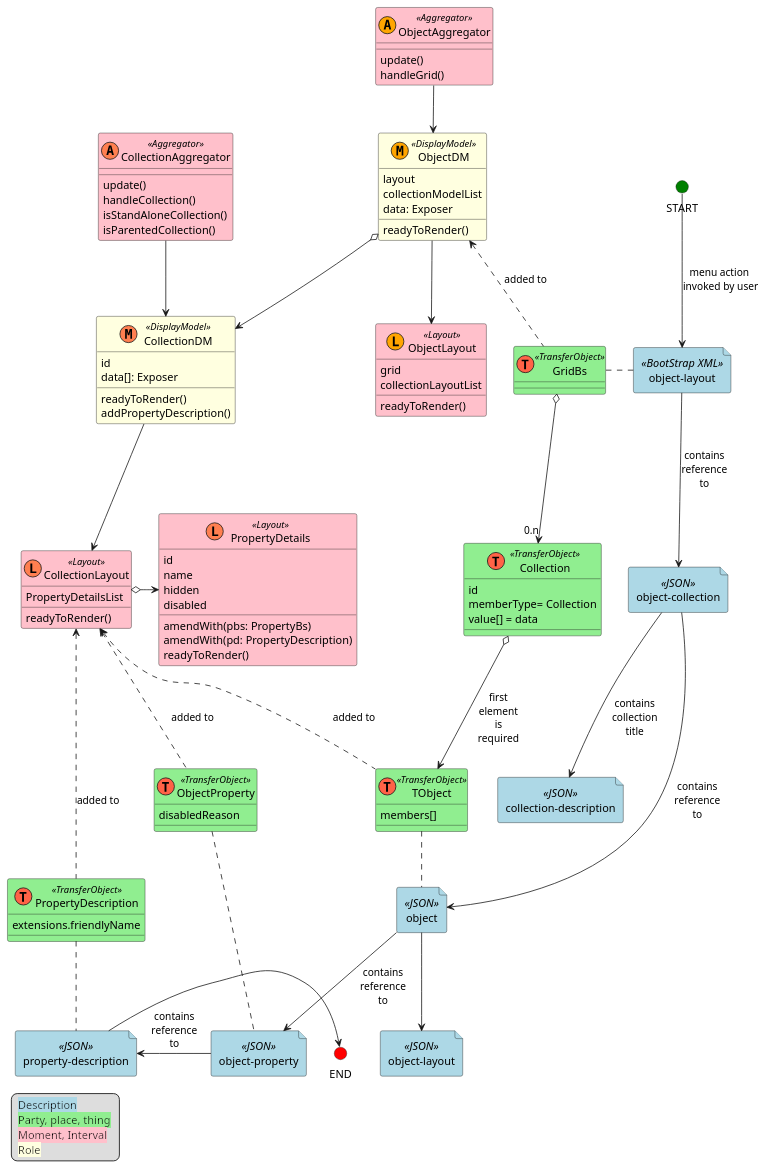
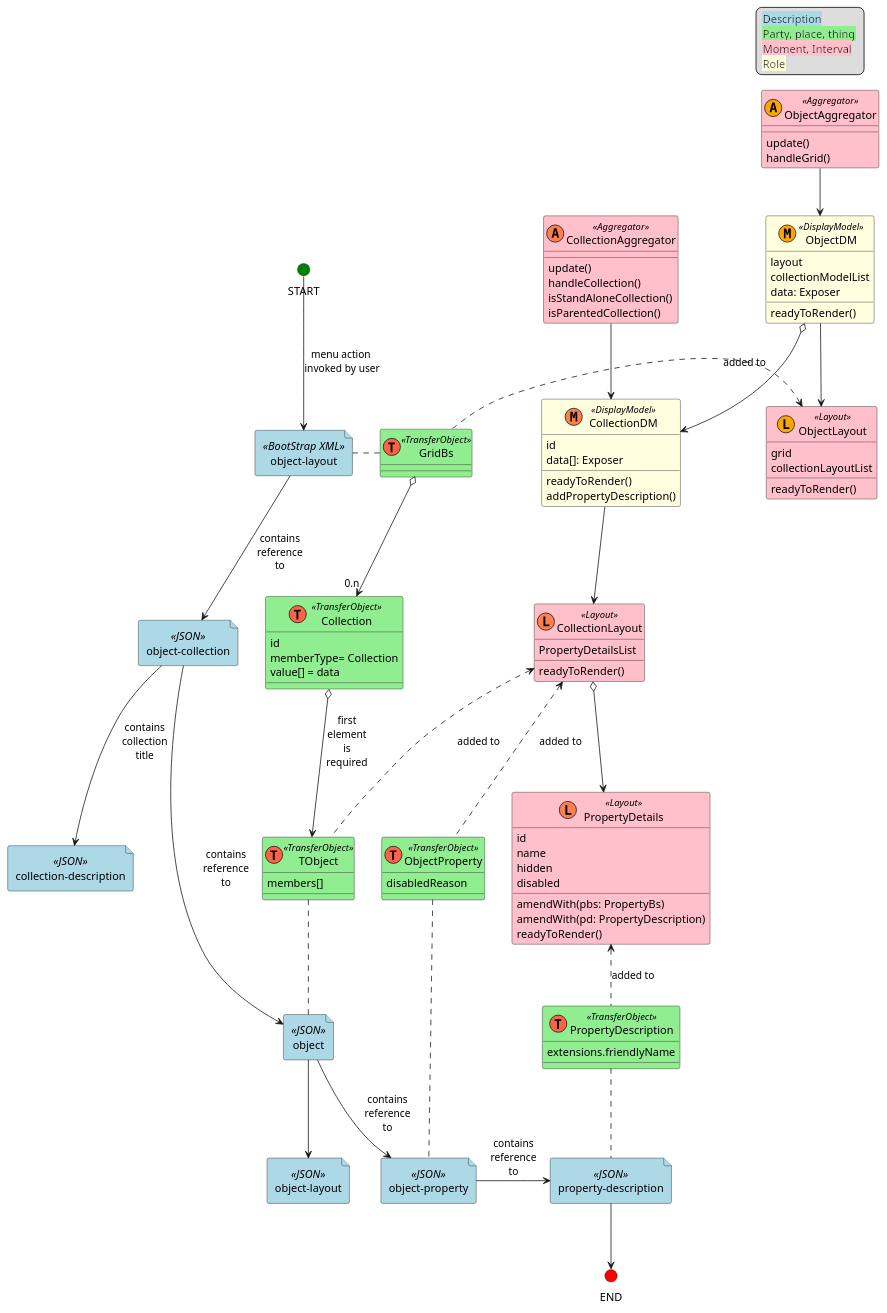
The diagram in incubator/clients/kroviz/adoc/modules/kroviz/partials/design/collection_layout_aggregation_diagram.adoc (apache/causeway), drawn with PlantUML before and after one commit. The commit also changed 4 other files, not shown here.

```diff
--- a/incubator/clients/kroviz/adoc/modules/kroviz/partials/design/collection_layout_aggregation_diagram.adoc
+++ b/incubator/clients/kroviz/adoc/modules/kroviz/partials/design/collection_layout_aggregation_diagram.adoc
@@ -52,7 +52,7 @@
 O --> OLJ
 O --> OP : contains\nreference\nto
 OP -> PD : contains\nreference\nto
-PD -r-> END
+PD --> END
 
 ' references between TO classes
 GridBs o-->"0.n" Collection
@@ -78,7 +78,7 @@
     ObjectAggregator --> ObjectDM
     ObjectDM --> ObjectLayout
 }
-ObjectDM <.. GridBs : added to
+ObjectLayout <.r. GridBs : added to
 
 'collection
 together {
@@ -109,17 +109,17 @@
     }
     CollectionAggregator --> CollectionDM
     CollectionDM --> CollectionLayout
-    CollectionLayout o-r-> PropertyDetails
+    CollectionLayout o--> PropertyDetails
 }
-ObjectDM o-r-> CollectionDM
+ObjectDM o-> CollectionDM
 
 ' references between Layout and TO classes
 CollectionLayout <.. TObject : added to
 CollectionLayout <.. ObjectProperty : added to
-CollectionLayout <.. PropertyDescription : added to
+PropertyDetails <.. PropertyDescription : added to
 
 
-legend left
+legend top right
     <back:#lightblue> Description           </back>
     <back:#lightgreen> Party, place, thing</back>
     <back:#pink> Moment, Interval   </back>
```
